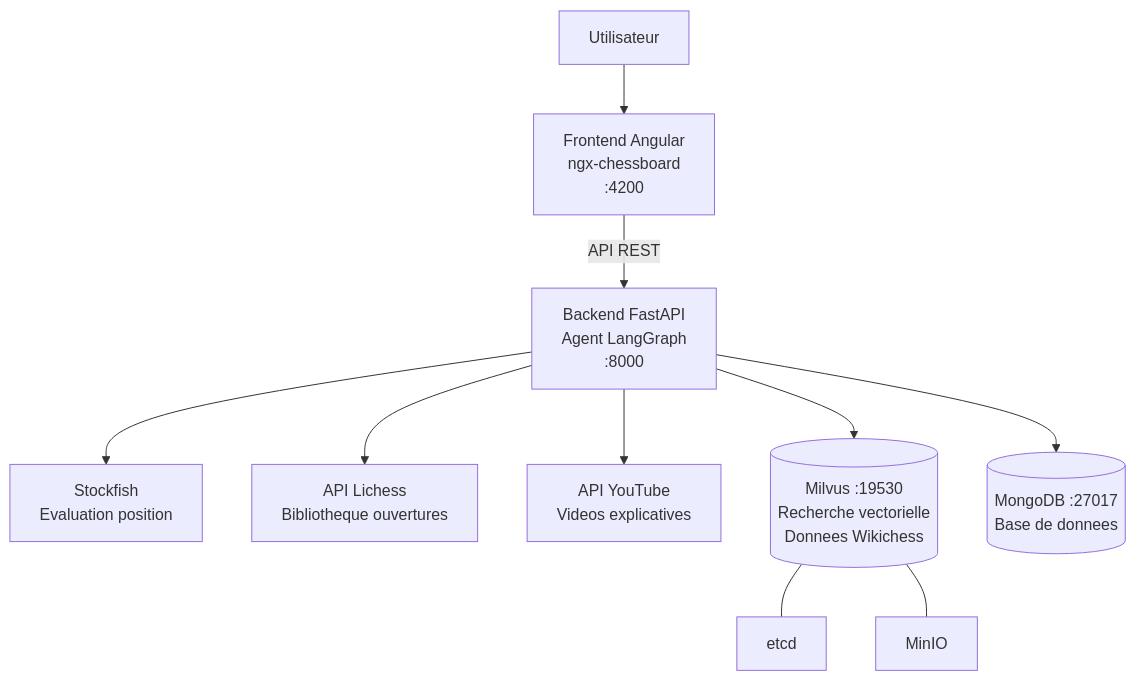
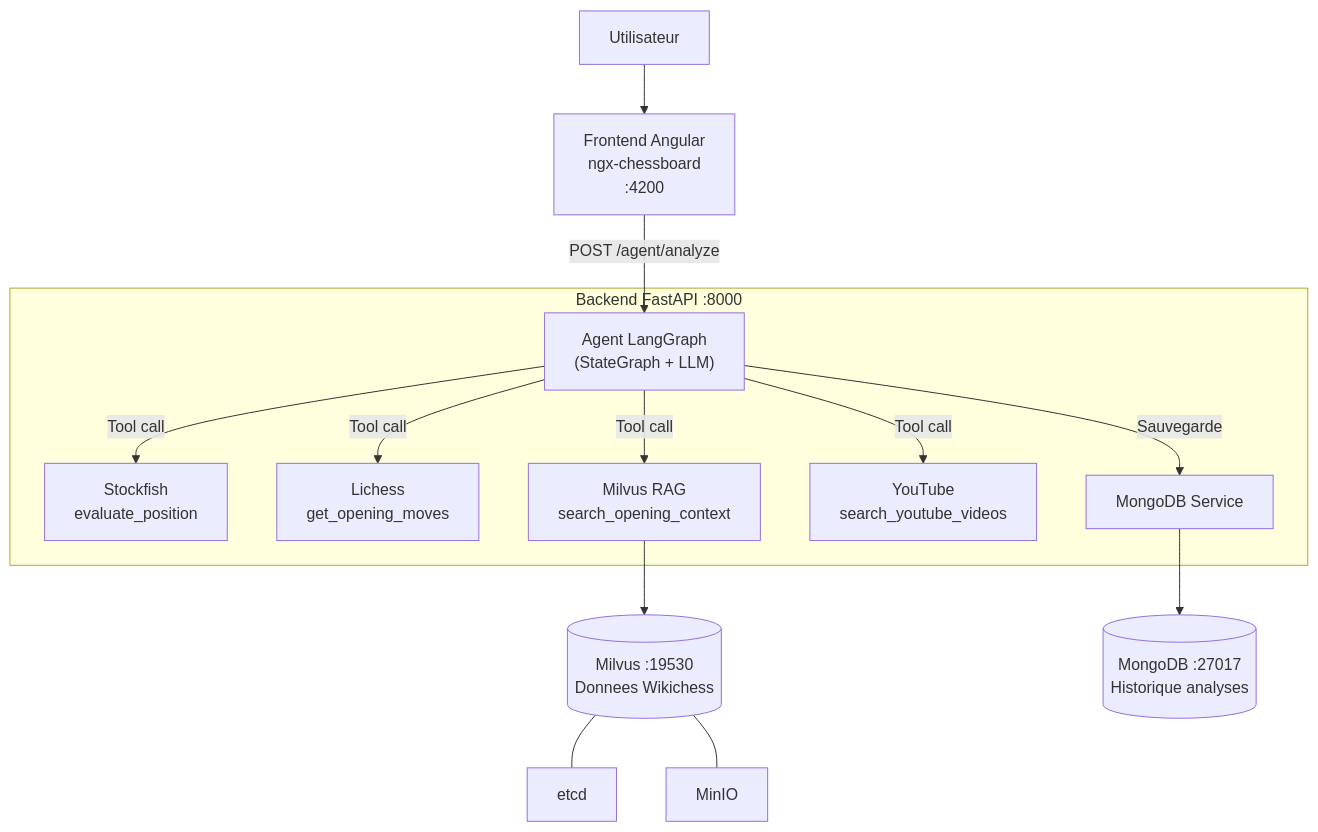
The diagram in Readme.md (marintosti12/AgentIA), drawn with Mermaid before and after one commit. The commit also changed other lines of this file and 16 other files, not shown here.

````diff
--- a/Readme.md
+++ b/Readme.md
@@ -14,12 +14,18 @@
 ```mermaid
 graph TB
     USER["Utilisateur"] --> FRONT["Frontend Angular<br/>ngx-chessboard<br/>:4200"]
-    FRONT -->|"API REST"| BACK["Backend FastAPI<br/>Agent LangGraph<br/>:8000"]
-    BACK --> SF["Stockfish<br/>Evaluation position"]
-    BACK --> LI["API Lichess<br/>Bibliotheque ouvertures"]
-    BACK --> YT["API YouTube<br/>Videos explicatives"]
-    BACK --> MILVUS[("Milvus :19530<br/>Recherche vectorielle<br/>Donnees Wikichess")]
-    BACK --> MONGO[("MongoDB :27017<br/>Base de donnees")]
+    FRONT -->|"POST /agent/analyze"| AGENT["Agent LangGraph<br/>(StateGraph + LLM)"]
+
+    subgraph BACK["Backend FastAPI :8000"]
+        AGENT -->|"Tool call"| SF["Stockfish<br/>evaluate_position"]
+        AGENT -->|"Tool call"| LI["Lichess<br/>get_opening_moves"]
+        AGENT -->|"Tool call"| WIKI["Milvus RAG<br/>search_opening_context"]
+        AGENT -->|"Tool call"| YT["YouTube<br/>search_youtube_videos"]
+        AGENT -->|"Sauvegarde"| MONGO_SVC["MongoDB Service"]
+    end
+
+    WIKI --> MILVUS[("Milvus :19530<br/>Donnees Wikichess")]
+    MONGO_SVC --> MONGO[("MongoDB :27017<br/>Historique analyses")]
     MILVUS --- ETCD["etcd"]
     MILVUS --- MINIO["MinIO"]
 ```
````
